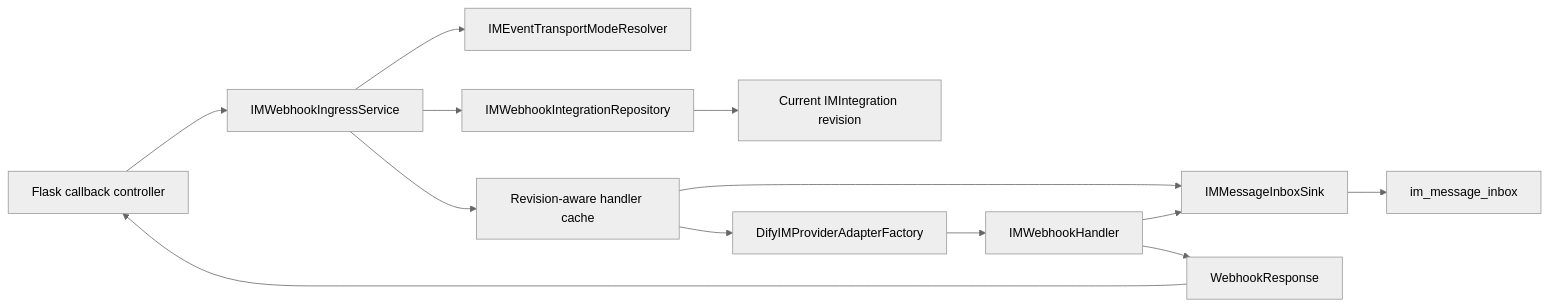
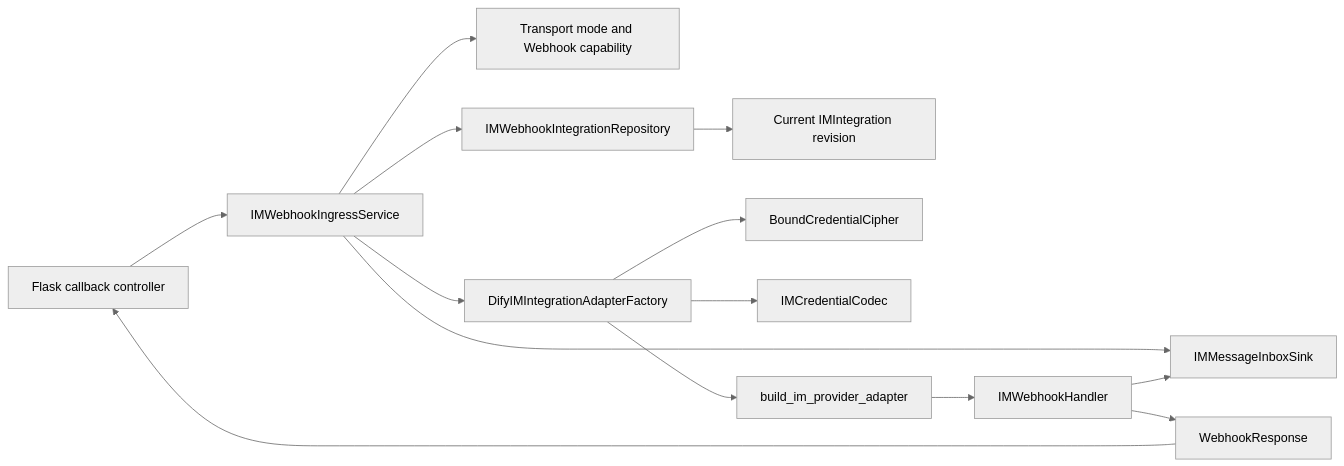
Before and after one commit to langgenius/dify: the diagram in openspec/changes/add-im-provider-webhook-ingress/design.md, drawn with Mermaid (neutral theme). The commit also changed other lines of this file and 6 other files, not shown here.

Commit message:
docs(openspec): update IM provider webhook ingress

````diff
--- a/openspec/changes/add-im-provider-webhook-ingress/design.md
+++ b/openspec/changes/add-im-provider-webhook-ingress/design.md
@@ -82,15 +93,16 @@
 ```mermaid
 flowchart LR
     HTTP["Flask callback controller"] --> Service["IMWebhookIngressService"]
-    Service --> Mode["IMEventTransportModeResolver"]
+    Service --> Mode["Transport mode and Webhook capability"]
     Service --> Route["IMWebhookIntegrationRepository"]
     Route --> Integration["Current IMIntegration revision"]
-    Service --> Cache["Revision-aware handler cache"]
-    Cache --> Factory["DifyIMProviderAdapterFactory"]
-    Cache --> Sink["IMMessageInboxSink"]
-    Factory --> Handler["IMWebhookHandler"]
-    Sink --> Inbox["im_message_inbox"]
+    Service --> Factory["DifyIMIntegrationAdapterFactory"]
+    Factory --> Cipher["BoundCredentialCipher"]
+    Factory --> Codec["IMCredentialCodec"]
+    Factory --> Builder["build_im_provider_adapter"]
+    Builder --> Handler["IMWebhookHandler"]
+    Service --> Sink["IMMessageInboxSink"]
     Handler --> Sink
     Handler --> Response["WebhookResponse"]
     Response --> HTTP
 ```
````
